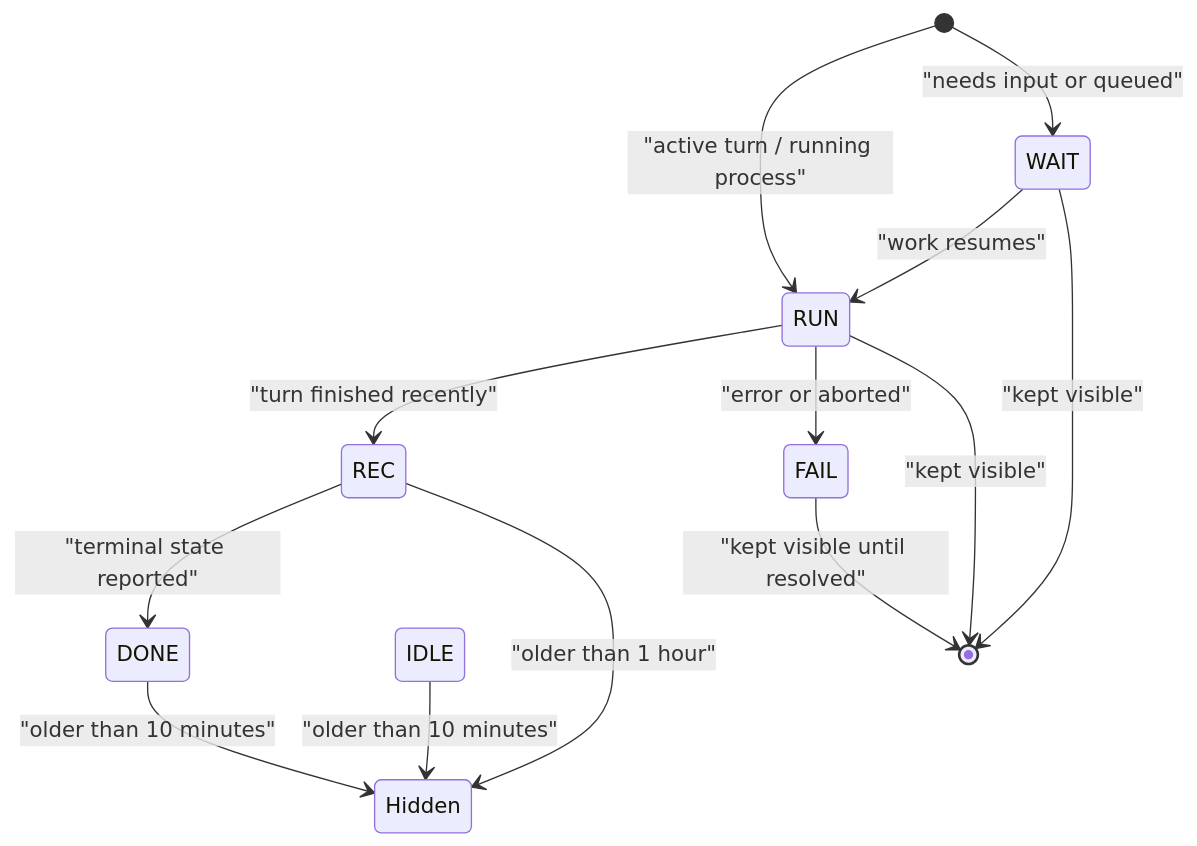
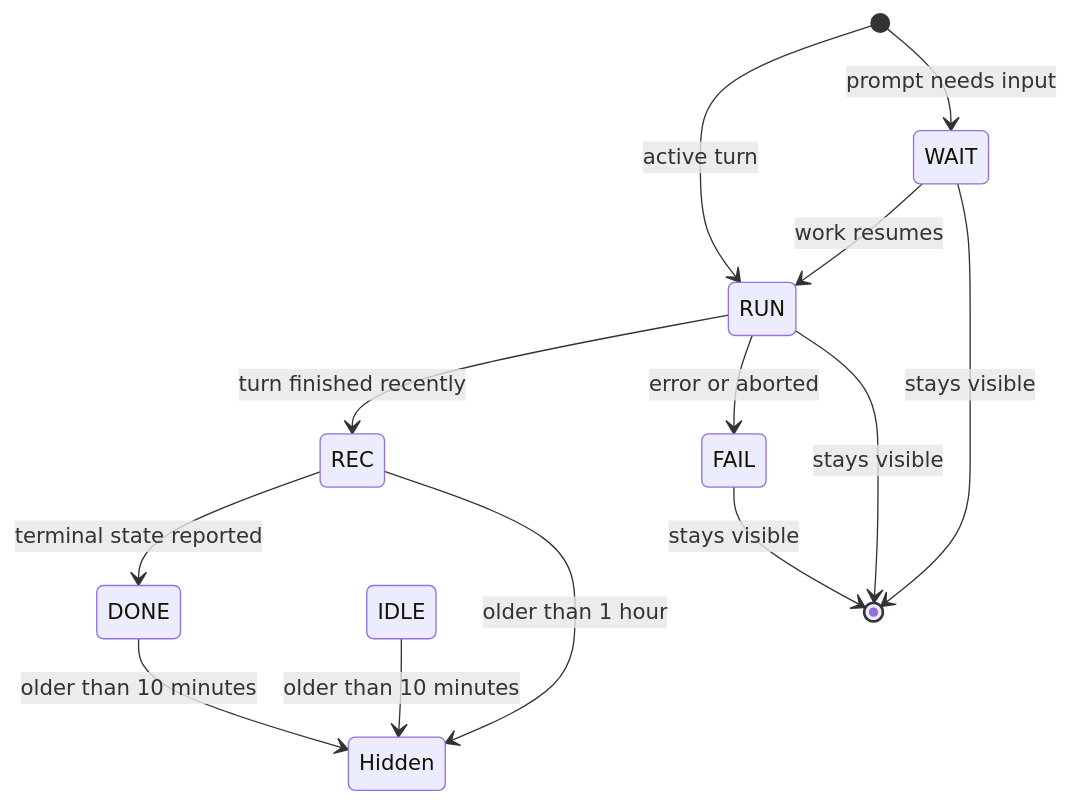
The first of 2 diagrams in README.md (sheepxux/Taskhub-for-StickS3), drawn with Mermaid before and after one commit. The commit also changed other lines of this file and 13 other files, not shown here.

````diff
--- a/README.md
+++ b/README.md
@@ -92,15 +102,15 @@
 ```mermaid
 stateDiagram-v2
-  [*] --> RUN: "active turn / running process"
-  [*] --> WAIT: "needs input or queued"
-  RUN --> REC: "turn finished recently"
-  WAIT --> RUN: "work resumes"
-  RUN --> FAIL: "error or aborted"
-  REC --> DONE: "terminal state reported"
-  DONE --> Hidden: "older than 10 minutes"
-  IDLE --> Hidden: "older than 10 minutes"
-  REC --> Hidden: "older than 1 hour"
-  FAIL --> [*]: "kept visible until resolved"
-  WAIT --> [*]: "kept visible"
-  RUN --> [*]: "kept visible"
+  [*] --> RUN: active turn
+  [*] --> WAIT: prompt needs input
+  RUN --> REC: turn finished recently
+  WAIT --> RUN: work resumes
+  RUN --> FAIL: error or aborted
+  REC --> DONE: terminal state reported
+  DONE --> Hidden: older than 10 minutes
+  IDLE --> Hidden: older than 10 minutes
+  REC --> Hidden: older than 1 hour
+  FAIL --> [*]: stays visible
+  WAIT --> [*]: stays visible
+  RUN --> [*]: stays visible
 ```
````
